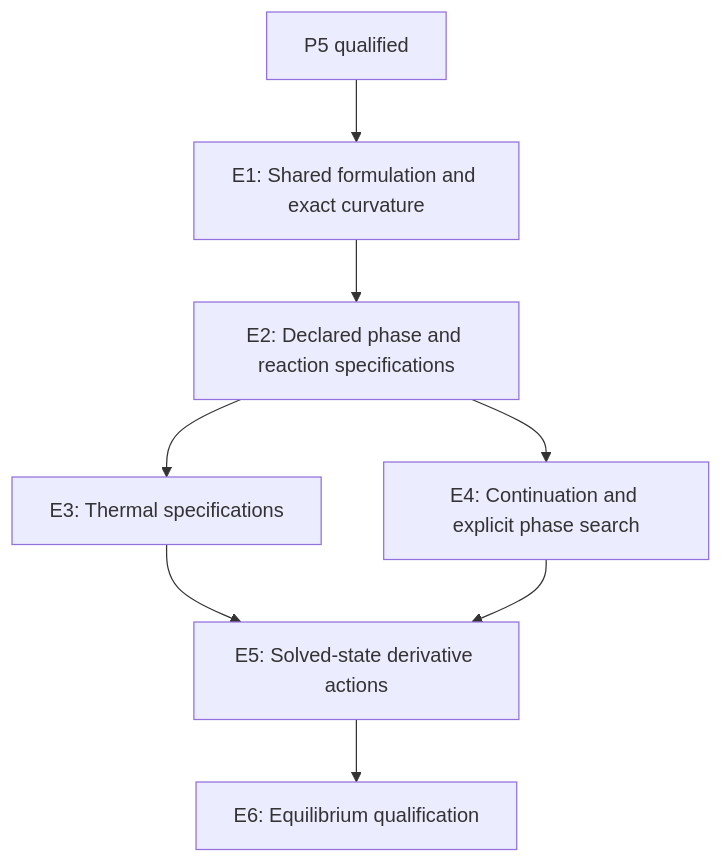
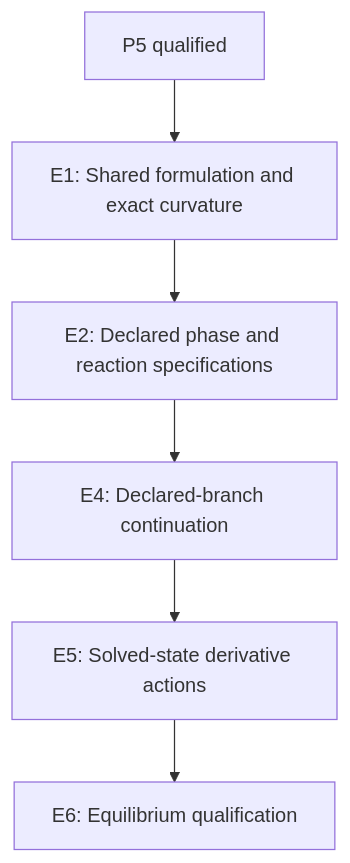
Before and after one commit to tannerpolley/epcsaft: the fifth of 9 diagrams in docs/scientific/implementation-plan.md, drawn with Mermaid. The commit also changed other lines of this file and 10 other files, not shown here.

Commit message:
Require evidence-backed reuse and defer thermal flash and phase search

````diff
--- a/docs/scientific/implementation-plan.md
+++ b/docs/scientific/implementation-plan.md
@@ -328,17 +339,14 @@
 ```mermaid
 flowchart TD
   start["P5 qualified"]
   E1["E1: Shared formulation and exact curvature"]
   start --> E1
   E2["E2: Declared phase and reaction specifications"]
   E1 --> E2
-  E3["E3: Thermal specifications"]
-  E2 --> E3
-  E4["E4: Continuation and explicit phase search"]
+  E4["E4: Declared-branch continuation"]
   E2 --> E4
   E5["E5: Solved-state derivative actions"]
-  E3 --> E5
   E4 --> E5
   E6["E6: Equilibrium qualification"]
   E5 --> E6
 ```
````
